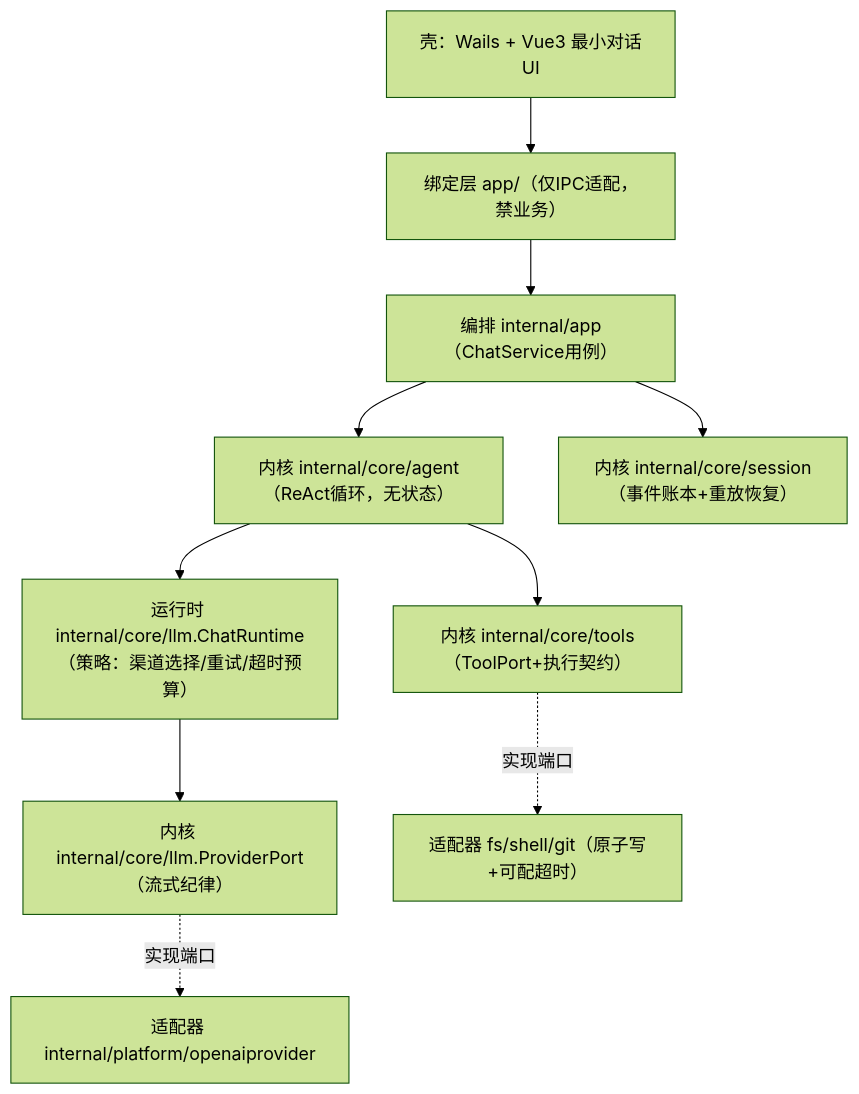
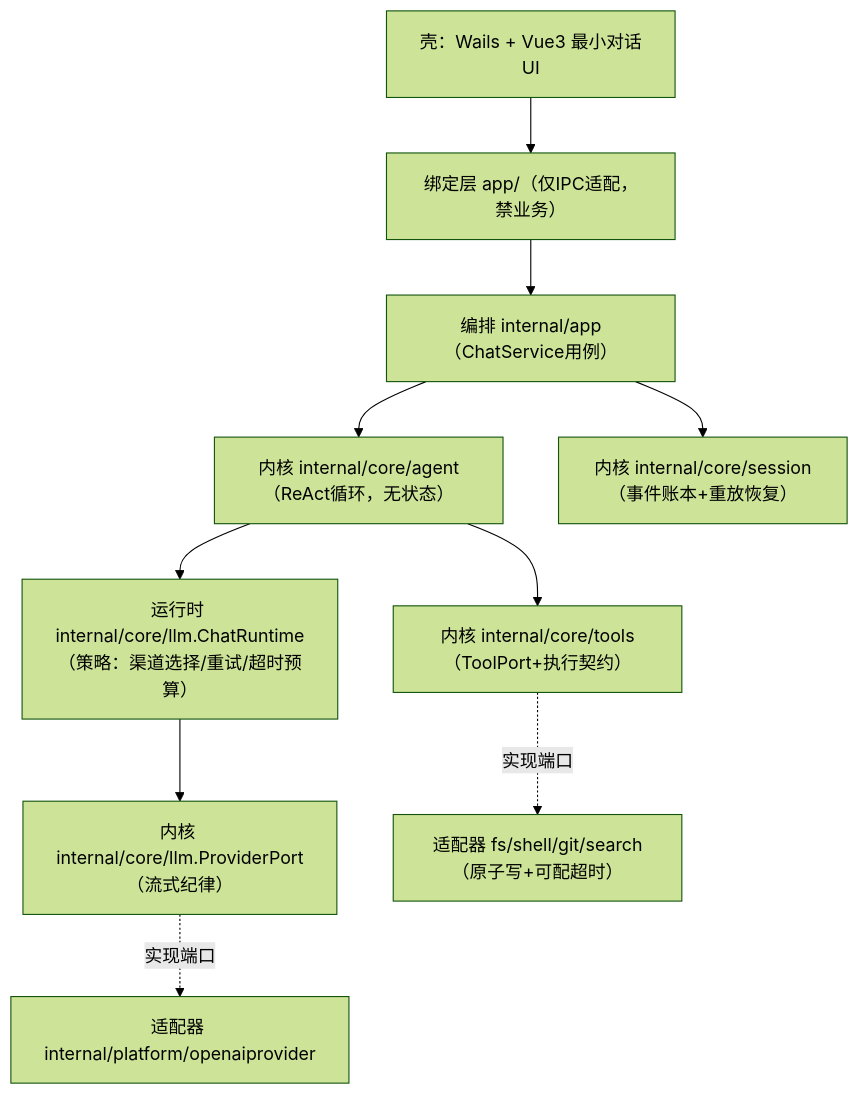
Before and after one commit to zhangqi77ok-sys/tiancode: the diagram in docs/ARCHITECTURE.md, drawn with Mermaid (forest theme). The commit also changed other lines of this file and 7 other files, not shown here.

````diff
--- a/docs/ARCHITECTURE.md
+++ b/docs/ARCHITECTURE.md
@@ -7,12 +7,12 @@
 ```mermaid
 flowchart TB
     UI["壳：Wails + Vue3 最小对话UI"] --> BIND["绑定层 app/（仅IPC适配，禁业务）"]
     BIND --> ORCH["编排 internal/app（ChatService用例）"]
     ORCH --> LOOP["内核 internal/core/agent（ReAct循环，无状态）"]
     ORCH --> SES["内核 internal/core/session（事件账本+重放恢复）"]
     LOOP --> RT["运行时 internal/core/llm.ChatRuntime（策略：渠道选择/重试/超时预算）"]
     RT --> LLM["内核 internal/core/llm.ProviderPort（流式纪律）"]
     LOOP --> TOOLS["内核 internal/core/tools（ToolPort+执行契约）"]
     LLM -.实现端口.-> PROV["适配器 internal/platform/openaiprovider"]
-    TOOLS -.实现端口.-> FS["适配器 fs/shell/git（原子写+可配超时）"]
+    TOOLS -.实现端口.-> FS["适配器 fs/shell/git/search（原子写+可配超时）"]
 ```
````
